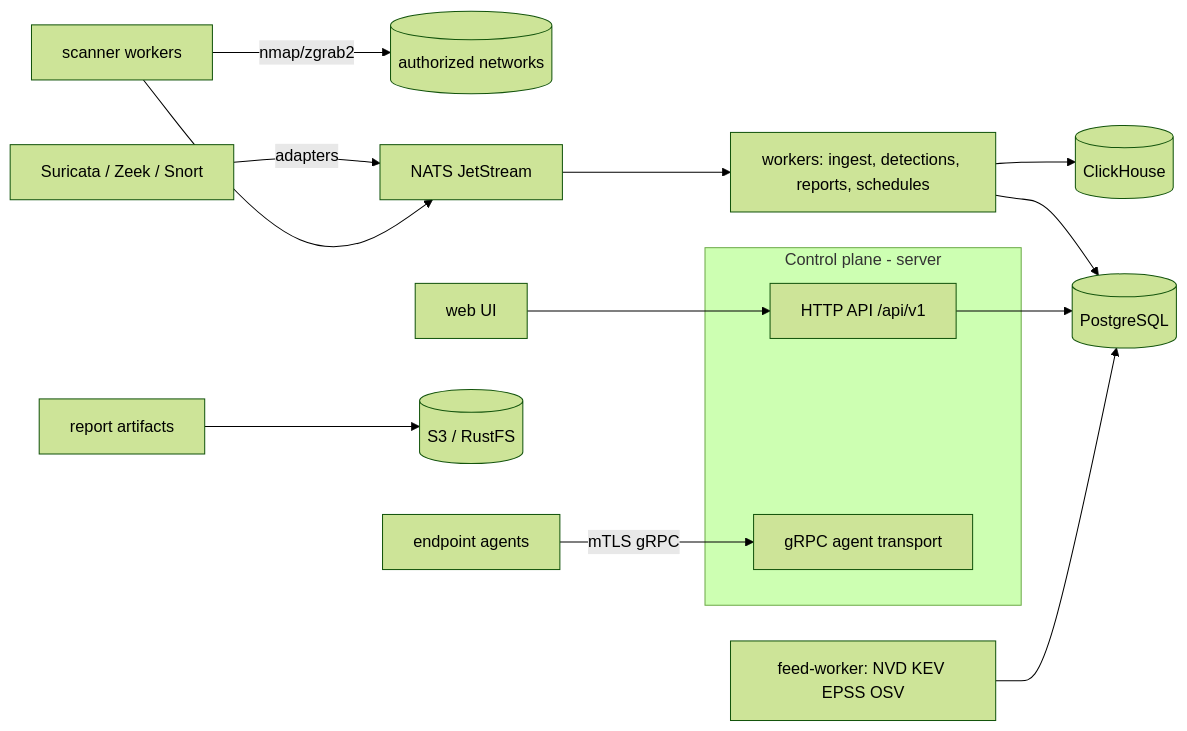
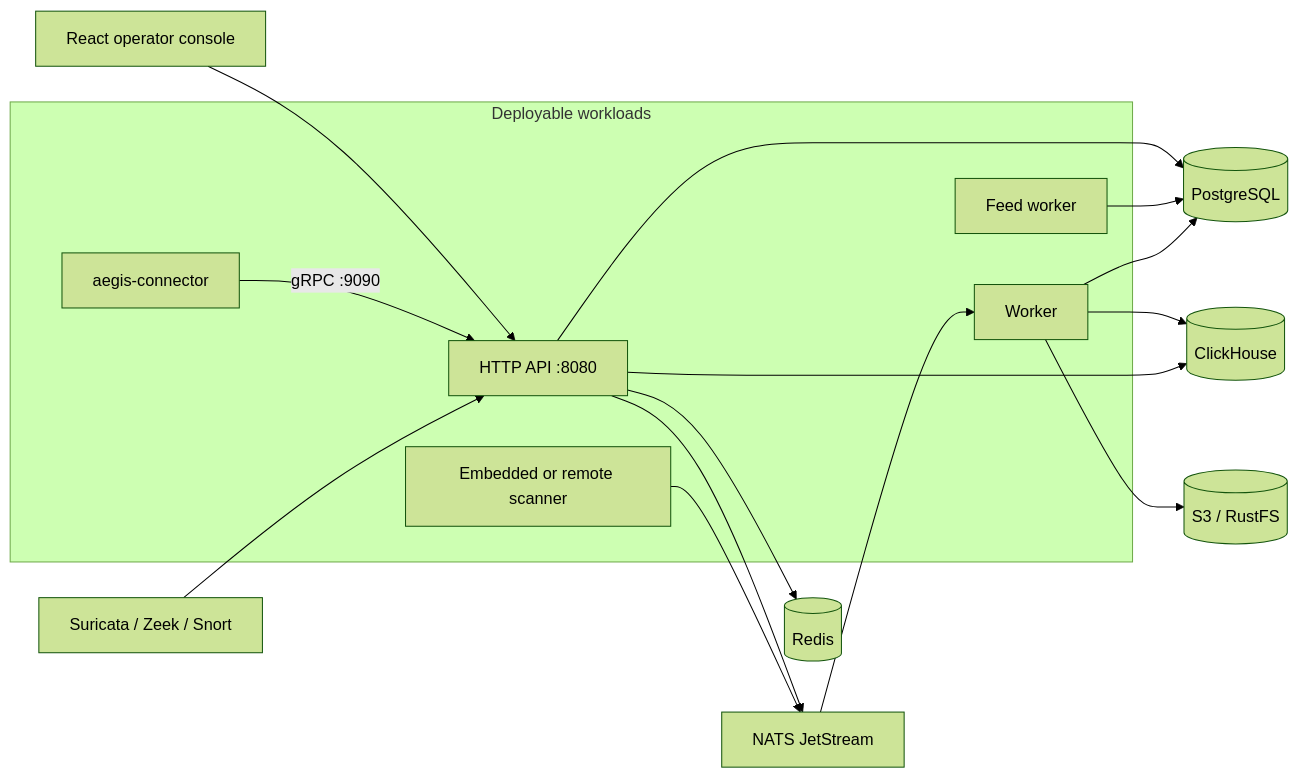
One commit to FlameInTheDark/aegis changed the second of 2 diagrams in README.md. Above: the diagram before and after it, drawn with Mermaid (forest theme). The commit also changed other lines of this file, not shown here.

````diff
--- a/README.md
+++ b/README.md
@@ -42,18 +256,26 @@
 ```mermaid
 flowchart LR
-  subgraph ControlPlane[Control plane - server]
-    API[HTTP API /api/v1]
-    GRPC[gRPC agent transport]
+  UI[React operator console] --> API[HTTP API :8080]
+  API --> PG[(PostgreSQL)]
+  API --> BUS[NATS JetStream]
+
+  Scanner[Embedded or remote scanner] --> BUS
+  Connector[aegis-connector] -->|gRPC :9090| API
+  Sensors[Suricata / Zeek / Snort] --> API
+  Feed[Feed worker] --> PG
+
+  BUS --> Worker[Worker]
+  Worker --> PG
+  Worker --> CH[(ClickHouse)]
+  Worker --> S3[(S3 / RustFS)]
+  API --> CH
+  API --> Redis[(Redis)]
+
+  subgraph Runtime[Deployable workloads]
+    API
+    Worker
+    Scanner
+    Feed
+    Connector
   end
-  Scanner[scanner workers] -- nmap/zgrab2 --> Network[(authorized networks)]
-  Agent[endpoint agents] -- mTLS gRPC --> GRPC
-  Sensors[Suricata / Zeek / Snort] -- adapters --> Ingest
-  Worker[workers: ingest, detections, reports, schedules] --> CH[(ClickHouse)]
-  Worker --> PG[(PostgreSQL)]
-  API --> PG
-  Ingest[NATS JetStream] --> Worker
-  FW[feed-worker: NVD KEV EPSS OSV] --> PG
-  Scanner --> Ingest
-  Reports[report artifacts] --> S3[(S3 / RustFS)]
-  UI[web UI] --> API
 ```
````
